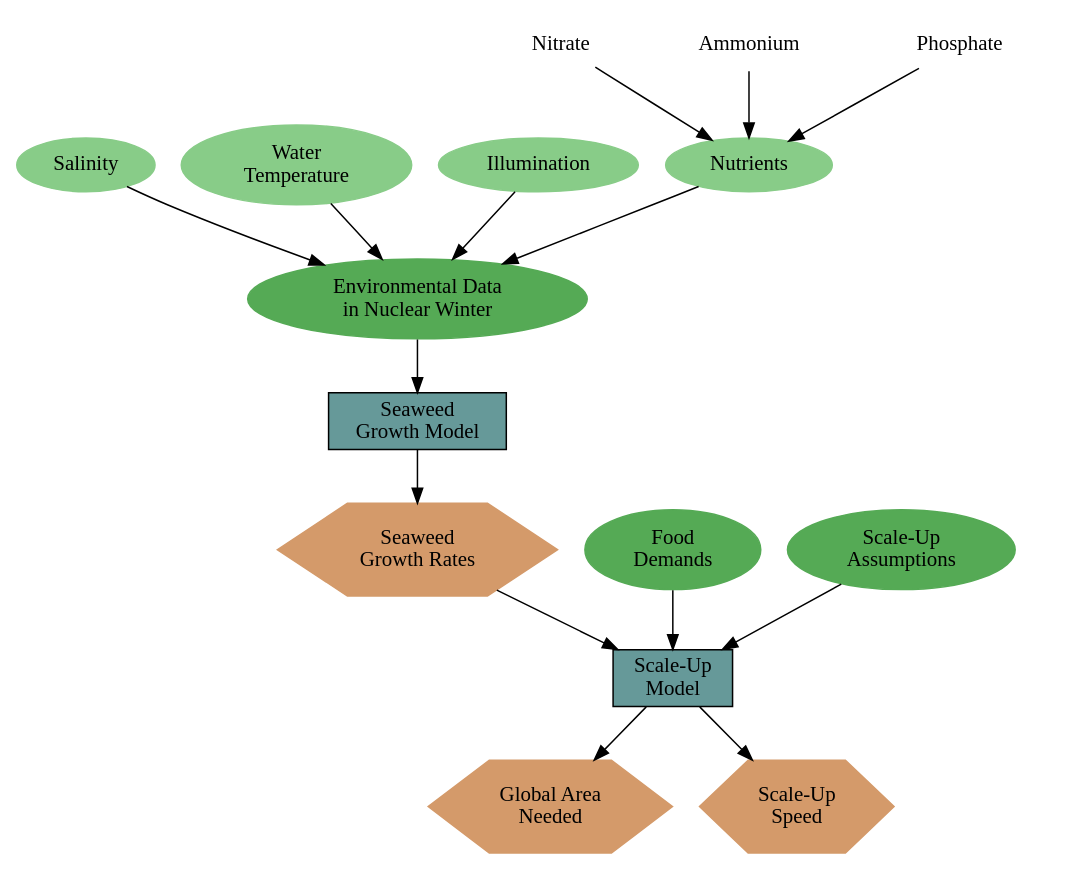
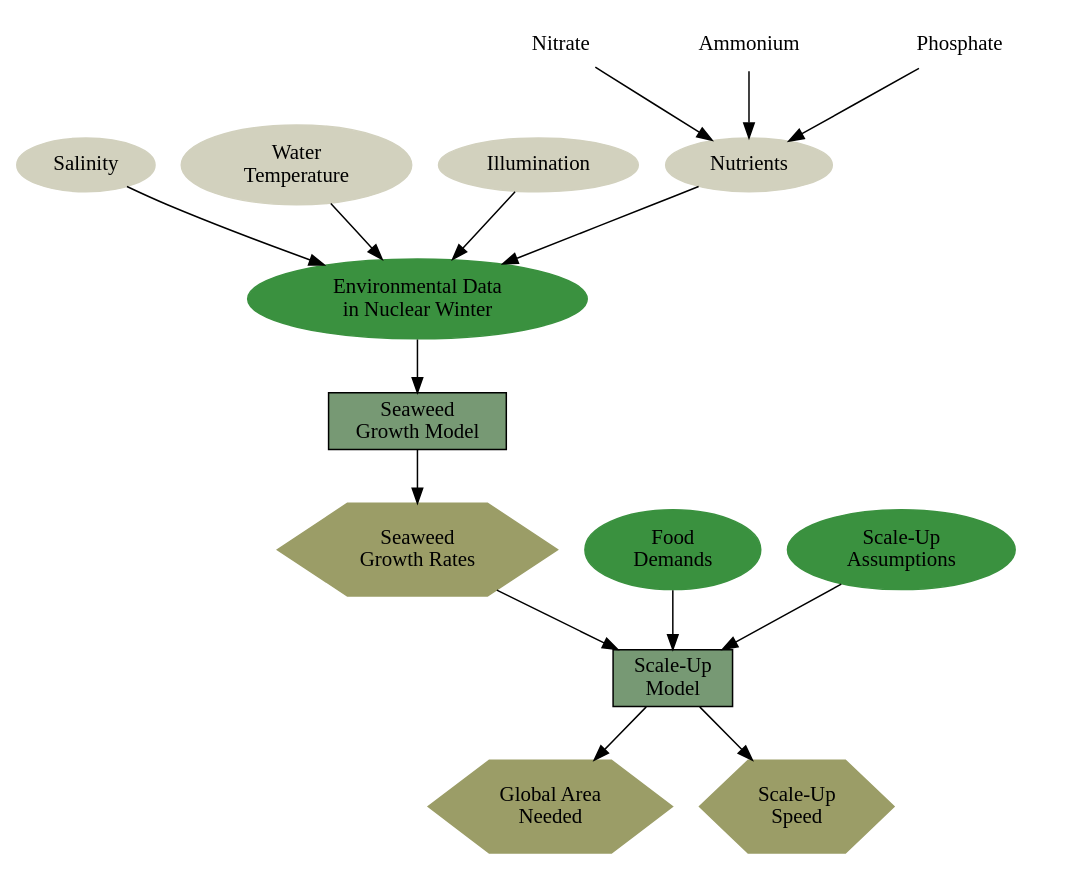
One commit to allfed/Seaweed-Growth-Model changed the diagram in results/model_description/structure.dot. Above: the diagram before and after it, drawn with Graphviz. The commit also changed 2 other files, not shown here.

```diff
--- a/results/model_description/structure.dot
+++ b/results/model_description/structure.dot
@@ -1,54 +1,54 @@
 digraph ModelOverview{
     // Inputs for the model
-    salinity [label="Salinity", style="filled", color="#88CC88"];
-    temperature [label="Water\nTemperature", style="filled", color="#88CC88"];
-    illumination [label="Illumination", style="filled", color="#88CC88"];
-    nutrients [label="Nutrients", style="filled", color="#88CC88"];
+    salinity [label="Salinity", style="filled", color="#D2D1BE"];
+    temperature [label="Water\nTemperature", style="filled", color="#D2D1BE"];
+    illumination [label="Illumination", style="filled", color="#D2D1BE"];
+    nutrients [label="Nutrients", style="filled", color="#D2D1BE"];
     // link nutrients
     nitrate [label="Nitrate",style="filled", color="white"];
     ammonium [label="Ammonium",style="filled", color="white"];
     phosphate [label="Phosphate",style="filled", color="white"];
     // link nutrients to nutrients
     nitrate -> nutrients
     ammonium -> nutrients
     phosphate -> nutrients
 
-    env_data [label="Environmental Data\nin Nuclear Winter", style="filled",color="#55AA55"];
+    env_data [label="Environmental Data\nin Nuclear Winter", style="filled",color="#3A913F"];
     // link env_data to nutrients
     nutrients -> env_data;
     illumination -> env_data;
     temperature -> env_data;
     salinity -> env_data;
 
     // link env_data to the model
-    model_growth [label="Seaweed\nGrowth Model", shape=box, style="filled", fillcolor="#669999"];
+    model_growth [label="Seaweed\nGrowth Model", shape=box, style="filled", fillcolor="#779974"];
     env_data -> model_growth;
 
     // Outputs of the model
-    growth [label="Seaweed\nGrowth Rates", shape=hexagon, color="#D49A6A", style="filled"];
+    growth [label="Seaweed\nGrowth Rates", shape=hexagon, color="#9B9D67", style="filled"];
     // link growth to model
     model_growth -> growth;
 
     // link growth to upscaling model
-    upscaling_model [label="Scale-Up\nModel", shape=box, style="filled", fillcolor="#669999"];
+    upscaling_model [label="Scale-Up\nModel", shape=box, style="filled", fillcolor="#779974"];
     growth -> upscaling_model;
 
     // add additional data for the upscaling model
-    food_demands [label="Food\nDemands", style="filled", color="#55AA55"];
-    assumptions [label="Scale-Up\nAssumptions", style="filled",color="#55AA55"];
+    food_demands [label="Food\nDemands", style="filled", color="#3A913F"];
+    assumptions [label="Scale-Up\nAssumptions", style="filled",color="#3A913F"];
     food_demands -> upscaling_model;
     assumptions -> upscaling_model;
 
     // link upscaling model to the output
-    area_needed [label="Global Area\nNeeded", shape=hexagon, color="#D49A6A", style="filled"];
+    area_needed [label="Global Area\nNeeded", shape=hexagon, color="#9B9D67", style="filled"];
     upscaling_model -> area_needed;
-    upscaling_speed [label="Scale-Up\nSpeed", shape=hexagon, color="#D49A6A", style="filled"];
+    upscaling_speed [label="Scale-Up\nSpeed", shape=hexagon, color="#9B9D67", style="filled"];
     upscaling_model -> upscaling_speed;
 
 
 
 
 
 
 
 }
```
